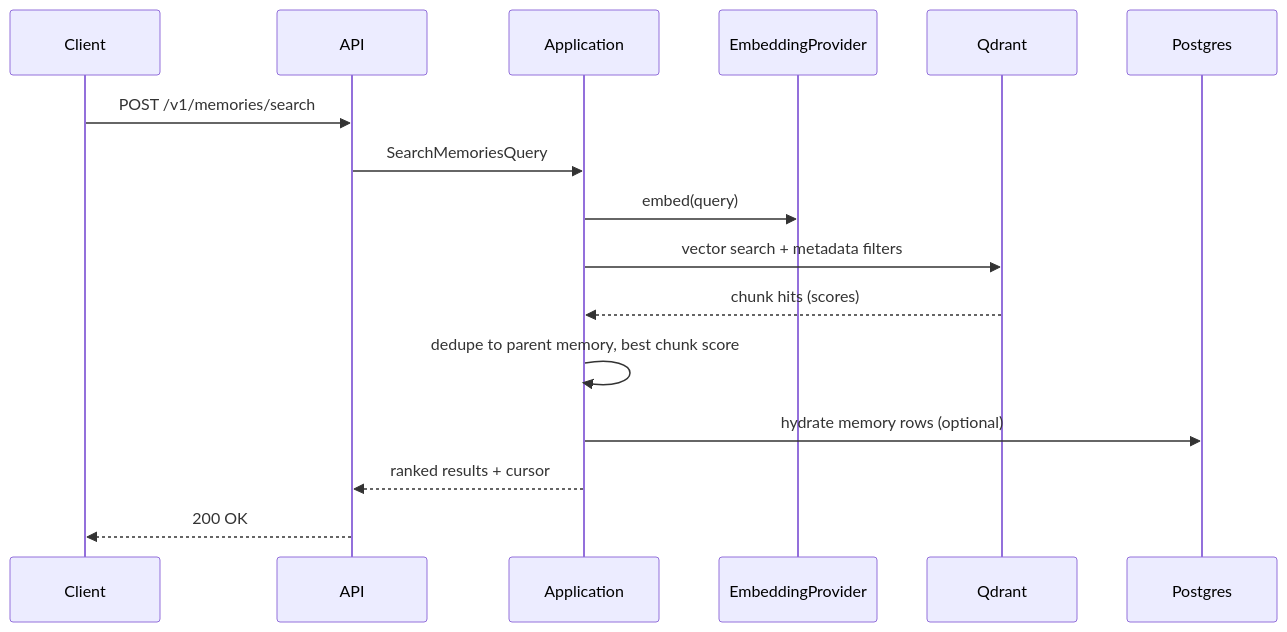
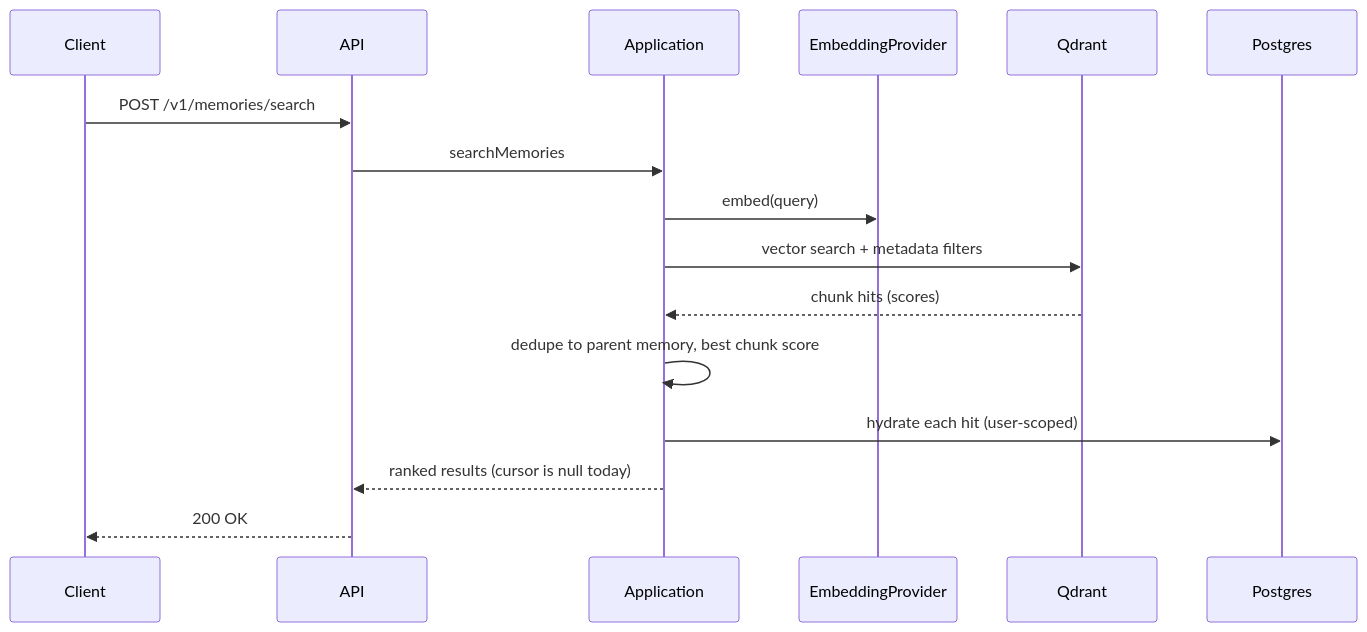
One commit to nayan-kunwar/smiriti-2.0 changed the second of 5 diagrams in docs/architecture/v1-architecture.md. Above: the diagram before and after it, drawn with Mermaid. The commit also changed other lines of this file and 83 other files, not shown here.

````diff
--- a/docs/architecture/v1-architecture.md
+++ b/docs/architecture/v1-architecture.md
@@ -139,19 +165,19 @@
 ```mermaid
 sequenceDiagram
   participant C as Client
   participant API as API
   participant App as Application
   participant EP as EmbeddingProvider
   participant QD as Qdrant
   participant PG as Postgres
 
   C->>API: POST /v1/memories/search
-  API->>App: SearchMemoriesQuery
+  API->>App: searchMemories
   App->>EP: embed(query)
   App->>QD: vector search + metadata filters
   QD-->>App: chunk hits (scores)
   App->>App: dedupe to parent memory, best chunk score
-  App->>PG: hydrate memory rows (optional)
-  App-->>API: ranked results + cursor
+  App->>PG: hydrate each hit (user-scoped)
+  App-->>API: ranked results (cursor is null today)
   API-->>C: 200 OK
 ```
````
